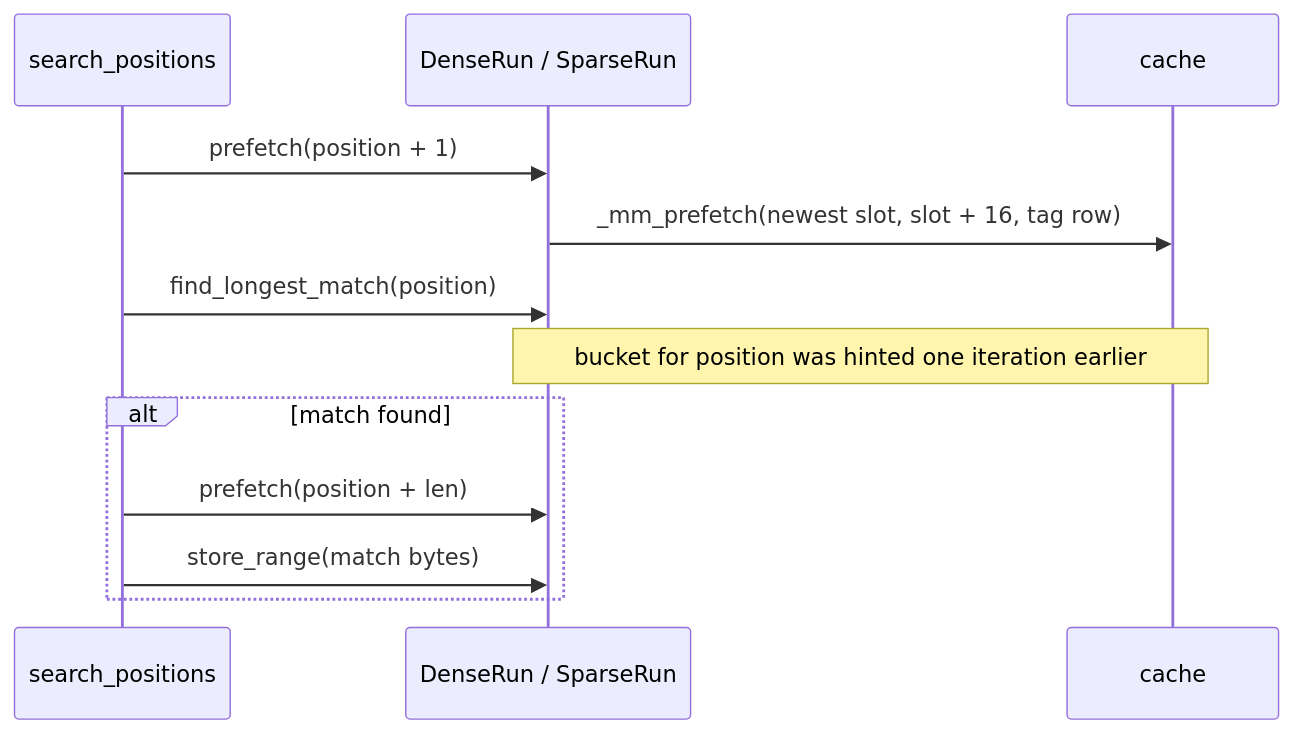
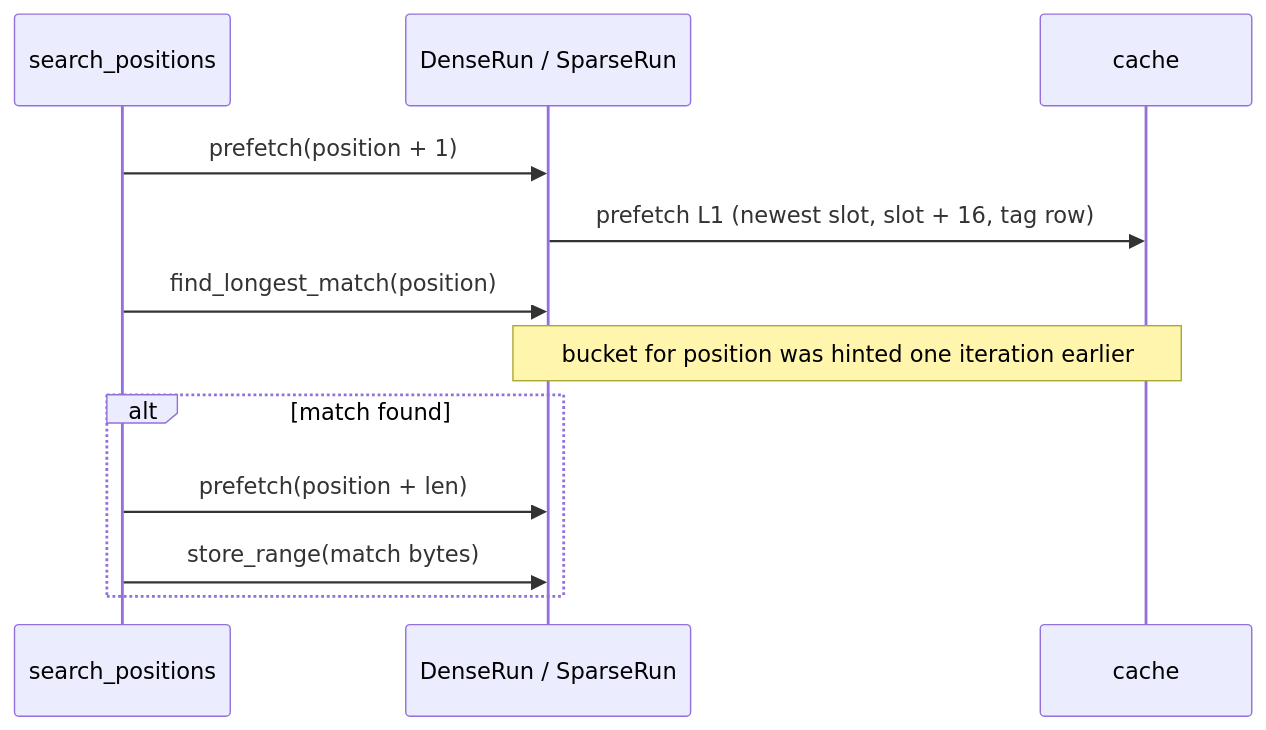
Before and after one commit to M-Compressors/mbrotli: diagram 12 of 21 in architecture/greedy-encoder.md, drawn with Mermaid. The commit also changed other lines of this file and 4 other files, not shown here.

````diff
--- a/architecture/greedy-encoder.md
+++ b/architecture/greedy-encoder.md
@@ -726,14 +727,14 @@
 ```mermaid
 sequenceDiagram
     participant L as search_positions
     participant R as DenseRun / SparseRun
     participant C as cache
     L->>R: prefetch(position + 1)
-    R->>C: _mm_prefetch(newest slot, slot + 16, tag row)
+    R->>C: prefetch L1 (newest slot, slot + 16, tag row)
     L->>R: find_longest_match(position)
     Note over R,C: bucket for position was hinted one iteration earlier
     alt match found
         L->>R: prefetch(position + len)
         L->>R: store_range(match bytes)
     end
 ```
````
